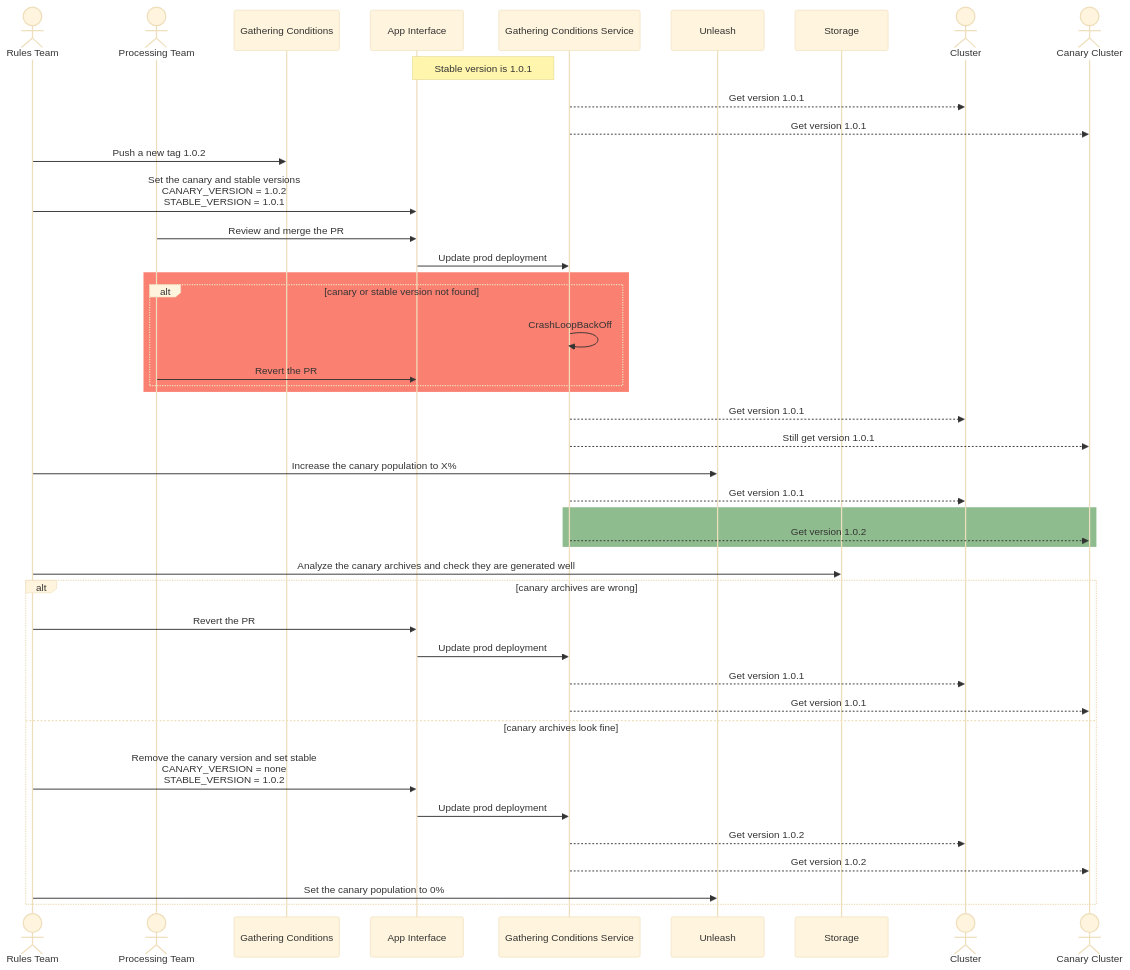
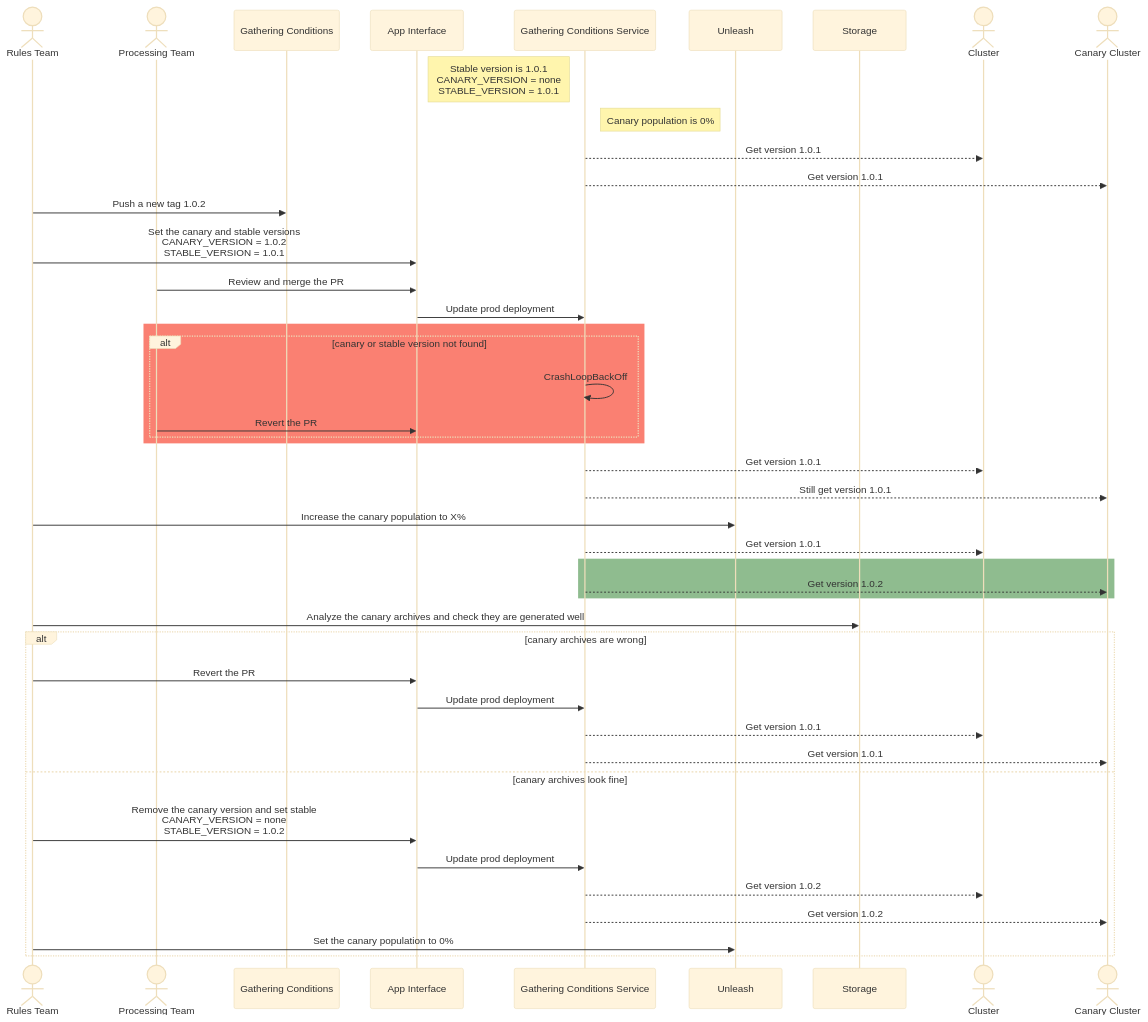
One commit to RedHatInsights/insights-operator-gathering-conditions-service changed the diagram in docs/canary_releases.md. Above: the diagram before and after it, drawn with Mermaid (base theme).

Commit message:
add info about canary population in the beginning

````diff
--- a/docs/canary_releases.md
+++ b/docs/canary_releases.md
@@ -8,52 +8,53 @@
 ```mermaid
 sequenceDiagram
     actor RT as Rules Team
     actor PT as Processing Team
     participant GC as Gathering Conditions
     participant AI as App Interface
     participant GCS as Gathering Conditions Service
     participant Unleash
     participant Storage
     actor C as Cluster
     actor CC as Canary Cluster
 
-    Note left of GCS: Stable version is 1.0.1
+    Note left of GCS: Stable version is 1.0.1<br/>CANARY_VERSION = none<br/>STABLE_VERSION = 1.0.1
+    Note left of Unleash: Canary population is 0%
     GCS -->> C: Get version 1.0.1
     GCS -->> CC: Get version 1.0.1
 
     RT ->> GC: Push a new tag 1.0.2
     RT ->> AI: Set the canary and stable versions<br/>CANARY_VERSION = 1.0.2<br/>STABLE_VERSION = 1.0.1
     PT ->> AI: Review and merge the PR
     AI ->> GCS: Update prod deployment
     
     rect rgb(250,128,114)
         alt canary or stable version not found
             GCS ->> GCS: CrashLoopBackOff
             PT ->> AI: Revert the PR
         end
     end
 
     GCS -->> C: Get version 1.0.1
     GCS -->> CC: Still get version 1.0.1
 
     RT ->> Unleash: Increase the canary population to X%
     GCS -->> C: Get version 1.0.1
     rect rgb(143,188,143)
         GCS -->> CC: Get version 1.0.2
     end
     
     RT ->> Storage: Analyze the canary archives and check they are generated well
 
     alt canary archives are wrong
         RT ->> AI: Revert the PR
         AI ->> GCS: Update prod deployment
         GCS -->> C: Get version 1.0.1
         GCS -->> CC: Get version 1.0.1
     else canary archives look fine
         RT ->> AI: Remove the canary version and set stable <br/>CANARY_VERSION = none<br/>STABLE_VERSION = 1.0.2
         AI ->> GCS: Update prod deployment
         GCS -->> C: Get version 1.0.2
         GCS -->> CC: Get version 1.0.2
         RT ->> Unleash: Set the canary population to 0%
     end
 ```
````
